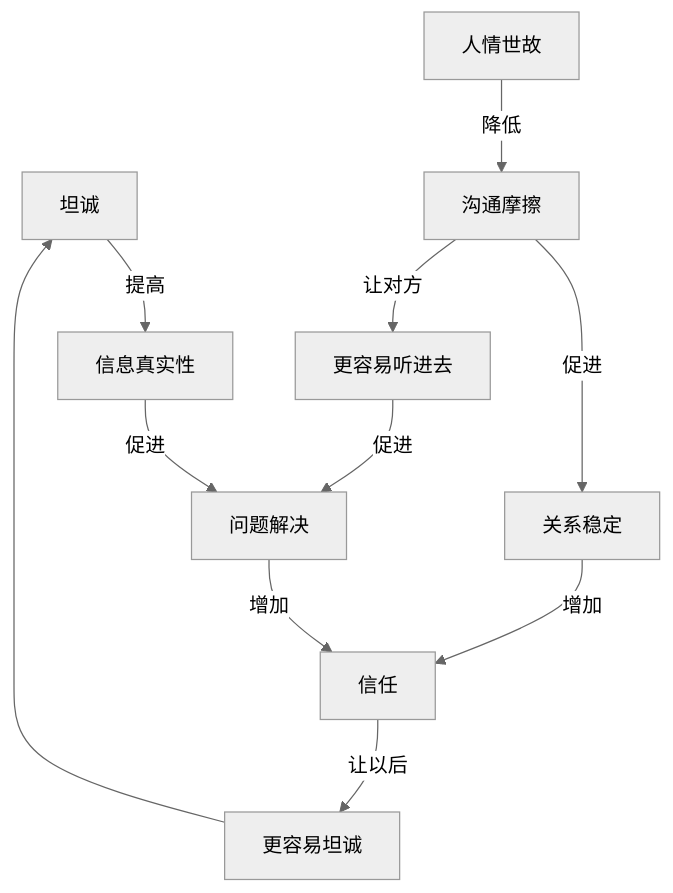
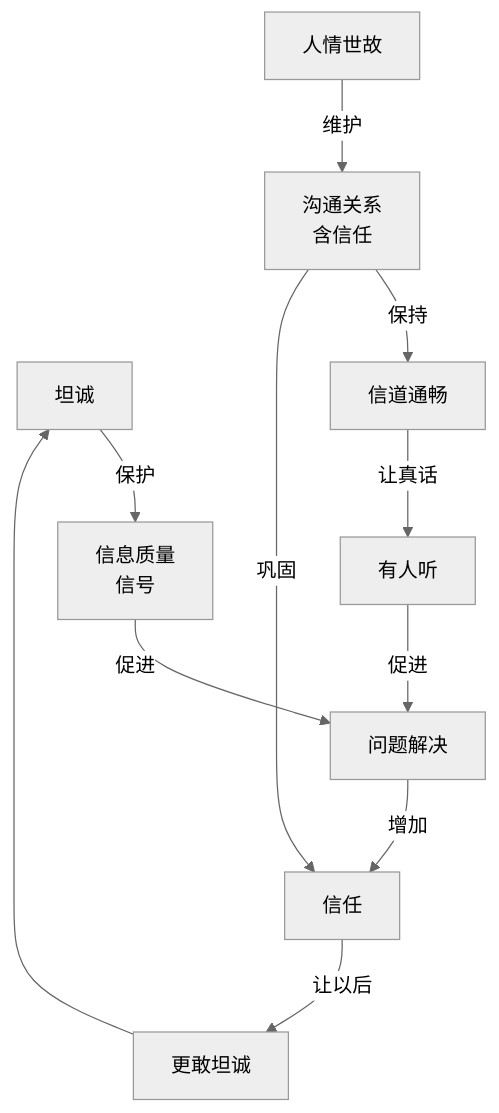
The diagram in honesty-and-social-graces.md (pengjizhang/pengjizhang.github.io), drawn with Mermaid (neutral theme) before and after one commit. The commit also changed other lines of this file, not shown here.

Commit message:
更新文章: 人情世故定义升级——从降低摩擦到维护沟通关系(含信任)

````diff
--- a/honesty-and-social-graces.md
+++ b/honesty-and-social-graces.md
@@ -111,13 +113,13 @@
 ```mermaid
 graph TD
-    A[坦诚] -->|提高| B[信息真实性]
-    C[人情世故] -->|降低| D[沟通摩擦]
+    A[坦诚] -->|保护| B[信息质量<br/>信号]
+    C[人情世故] -->|维护| D[沟通关系<br/>含信任]
     B -->|促进| E[问题解决]
-    D -->|促进| F[关系稳定]
-    D -->|让对方| G[更容易听进去]
+    D -->|保持| F[信道通畅]
+    F -->|让真话| G[有人听]
     G -->|促进| E
     E -->|增加| H[信任]
-    F -->|增加| H
-    H -->|让以后| I[更容易坦诚]
+    D -->|巩固| H
+    H -->|让以后| I[更敢坦诚]
     I --> A
 ```
````
